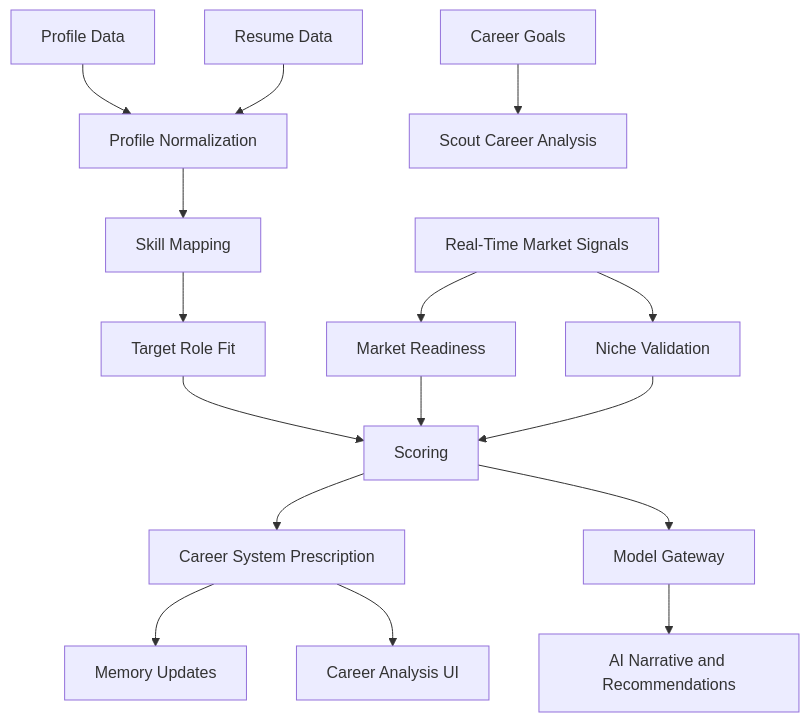
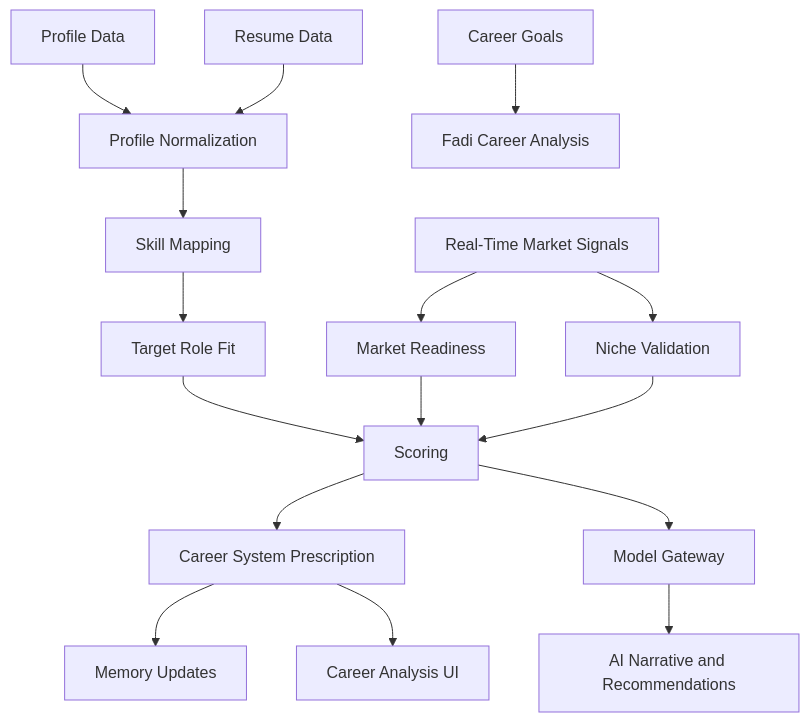
The diagram in docs/CAREER_INTELLIGENCE_ENGINE.md (Mirzzie/Fadi), drawn with Mermaid before and after one commit. The commit also changed other lines of this file and 158 other files, not shown here.

First line of the commit message:
refactor!: rename agent Scout→Fadi and brand CareerOS→FadiOS

````diff
--- a/docs/CAREER_INTELLIGENCE_ENGINE.md
+++ b/docs/CAREER_INTELLIGENCE_ENGINE.md
@@ -43,18 +43,18 @@
 ```mermaid
 flowchart TD
     Profile[Profile Data] --> Normalize[Profile Normalization]
     Resume[Resume Data] --> Normalize
-    Goals[Career Goals] --> Analyze[Scout Career Analysis]
+    Goals[Career Goals] --> Analyze[Fadi Career Analysis]
     Normalize --> SkillMap[Skill Mapping]
     SkillMap --> RoleFit[Target Role Fit]
     MarketData[Real-Time Market Signals] --> Readiness[Market Readiness]
     MarketData --> NicheValidate[Niche Validation]
     RoleFit --> Scores[Scoring]
     Readiness --> Scores
     NicheValidate --> Scores
     Scores --> Prescription[Career System Prescription]
     Prescription --> Memory[Memory Updates]
     Prescription --> UI[Career Analysis UI]
     Scores --> Gateway[Model Gateway]
     Gateway --> Analysis[AI Narrative and Recommendations]
 ```
````
